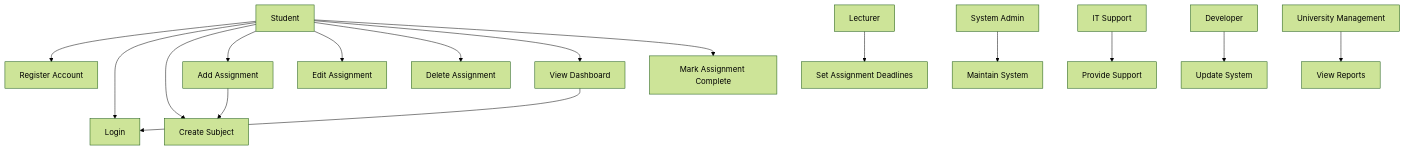
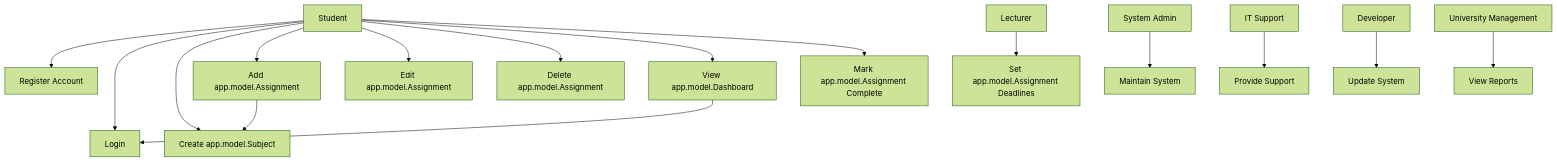
The diagram in USECASES.md (Leonard-CM/student-assignment-tracker), drawn with Mermaid (forest theme) before and after one commit. The commit also changed other lines of this file and 79 other files, not shown here.

````diff
--- a/USECASES.md
+++ b/USECASES.md
@@ -5,29 +5,29 @@
 ```mermaid
 flowchart TD
 
     Student[Student]
     Lecturer[Lecturer]
     Admin[System Admin]
     IT[IT Support]
     Developer[Developer]
     Management[University Management]
 
     Student --> Register[Register Account]
     Student --> Login[Login]
-    Student --> CreateSubject[Create Subject]
-    Student --> AddAssignment[Add Assignment]
-    Student --> EditAssignment[Edit Assignment]
-    Student --> DeleteAssignment[Delete Assignment]
-    Student --> Dashboard[View Dashboard]
-    Student --> Complete[Mark Assignment Complete]
+    Student --> CreateSubject[Create app.model.Subject]
+    Student --> AddAssignment[Add app.model.Assignment]
+    Student --> EditAssignment[Edit app.model.Assignment]
+    Student --> DeleteAssignment[Delete app.model.Assignment]
+    Student --> app.model.Dashboard[View app.model.Dashboard]
+    Student --> Complete[Mark app.model.Assignment Complete]
 
-    Lecturer --> Deadlines[Set Assignment Deadlines]
+    Lecturer --> Deadlines[Set app.model.Assignment Deadlines]
 
     Admin --> Maintain[Maintain System]
     IT --> Support[Provide Support]
     Developer --> Update[Update System]
     Management --> Reports[View Reports]
 
     AddAssignment --> CreateSubject
-    Dashboard --> Login
+    app.model.Dashboard --> Login
 ```
````
